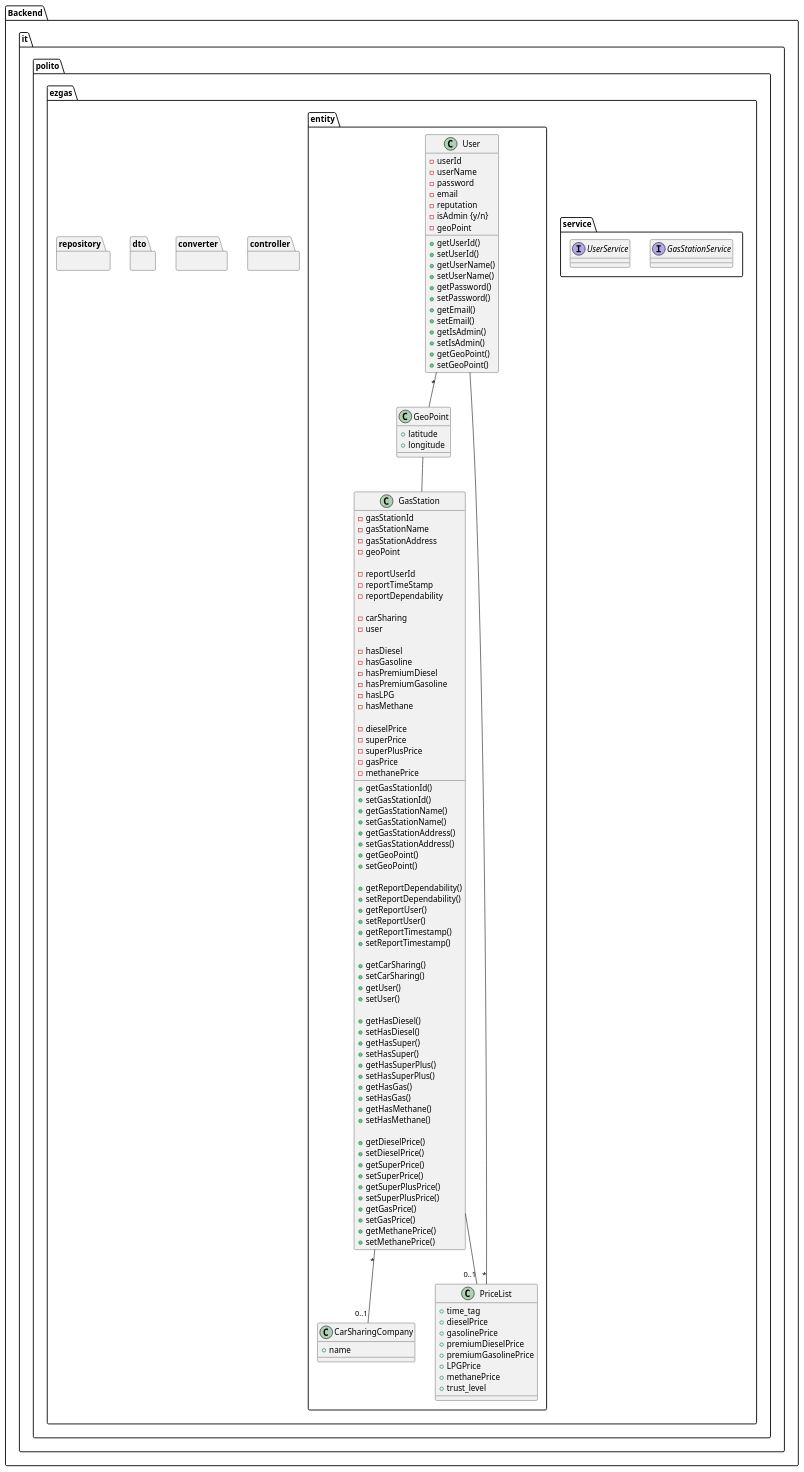
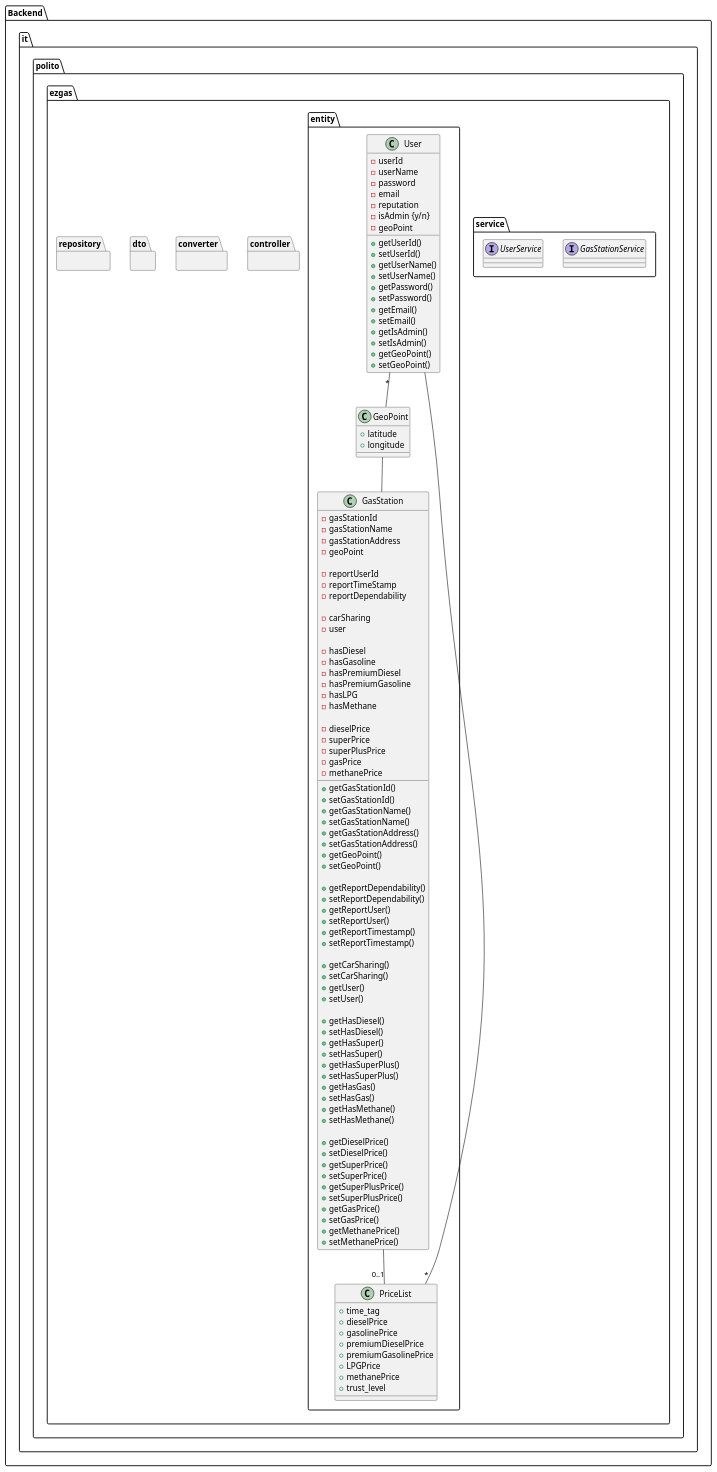
Before and after one commit to e-caste/SoftEng-EZGas: the fourth of 4 diagrams in docs/DesignDocument.md, drawn with PlantUML.

Commit message:
remove CarSharingCompany class since equivalent to string

```diff
--- a/docs/DesignDocument.md
+++ b/docs/DesignDocument.md
@@ -340,10 +340,6 @@
          + longitude
         }
         
-        class CarSharingCompany {
-         + name
-        }
-        
         class PriceList {
          + time_tag
          + dieselPrice
@@ -355,7 +351,6 @@
          + trust_level
         }
 
-        GasStation "*" -- "0..1" CarSharingCompany
         GasStation  -- "0..1" PriceList
         User -- "*" PriceList
         User "*" -- GeoPoint
```
